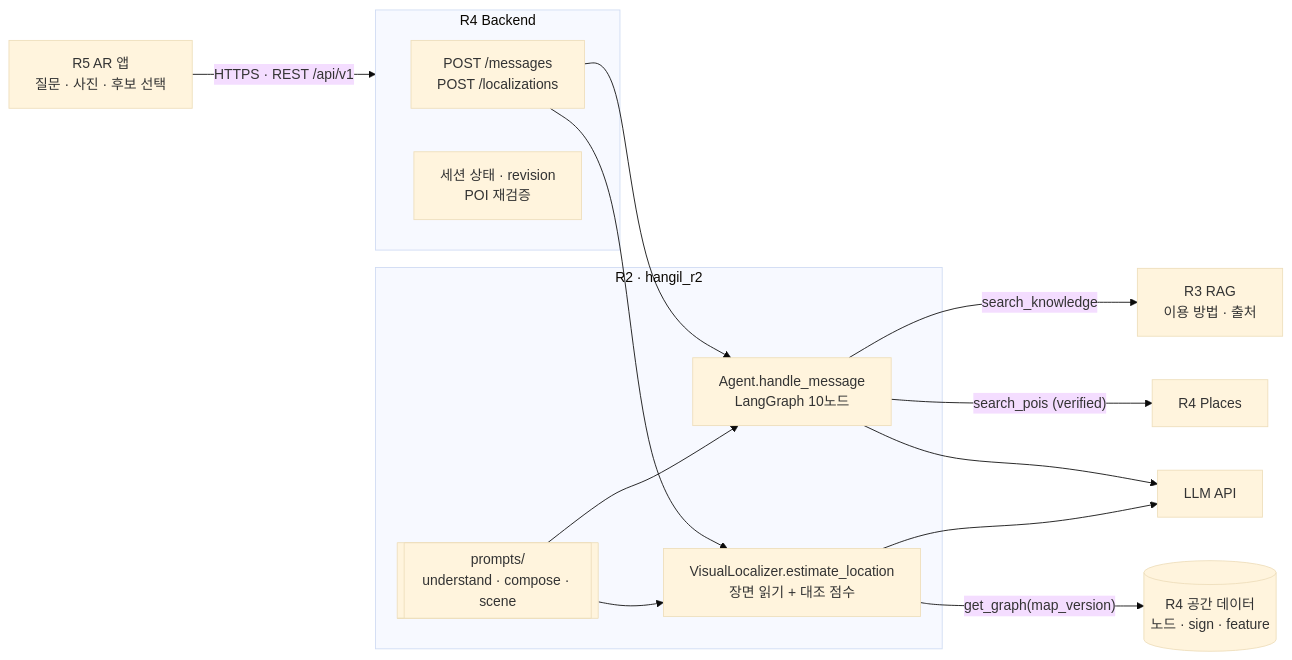
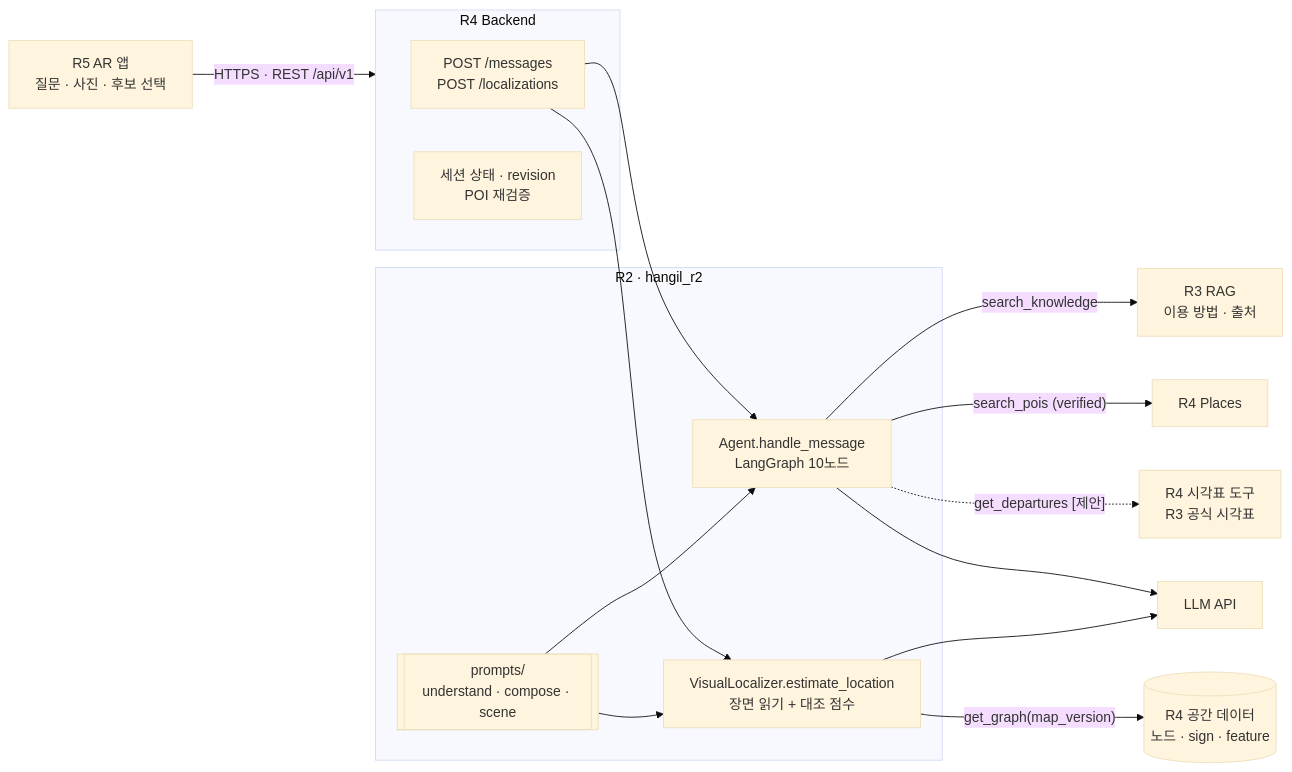
Before and after one commit to team-onetruck/oneload_agent: the diagram in docs/STEP05.md, drawn with Mermaid (base theme). The commit also changed other lines of this file and 10 other files, not shown here.

````diff
--- a/docs/STEP05.md
+++ b/docs/STEP05.md
@@ -7,25 +7,26 @@
 ```mermaid
 flowchart LR
   APP["R5 AR 앱<br/>질문 · 사진 · 후보 선택"] -- "HTTPS · REST /api/v1" --> BE
 
   subgraph BE[R4 Backend]
     API["POST /messages<br/>POST /localizations"]
     STATE["세션 상태 · revision<br/>POI 재검증"]
   end
 
   subgraph R2[R2 · hangil_r2]
     AG["Agent.handle_message<br/>LangGraph 10노드"]
     VL["VisualLocalizer.estimate_location<br/>장면 읽기 + 대조 점수"]
     PR[["prompts/<br/>understand · compose · scene"]]
   end
 
   API --> AG
   API --> VL
   PR --> AG
   PR --> VL
   AG -- "search_knowledge" --> RAG["R3 RAG<br/>이용 방법 · 출처"]
   AG -- "search_pois (verified)" --> PL["R4 Places"]
+  AG -. "get_departures [제안]" .-> TT["R4 시각표 도구<br/>R3 공식 시각표"]
   VL -- "get_graph(map_version)" --> MAP[("R4 공간 데이터<br/>노드 · sign · feature")]
   AG --> LLM["LLM API"]
   VL --> LLM
 ```
````
